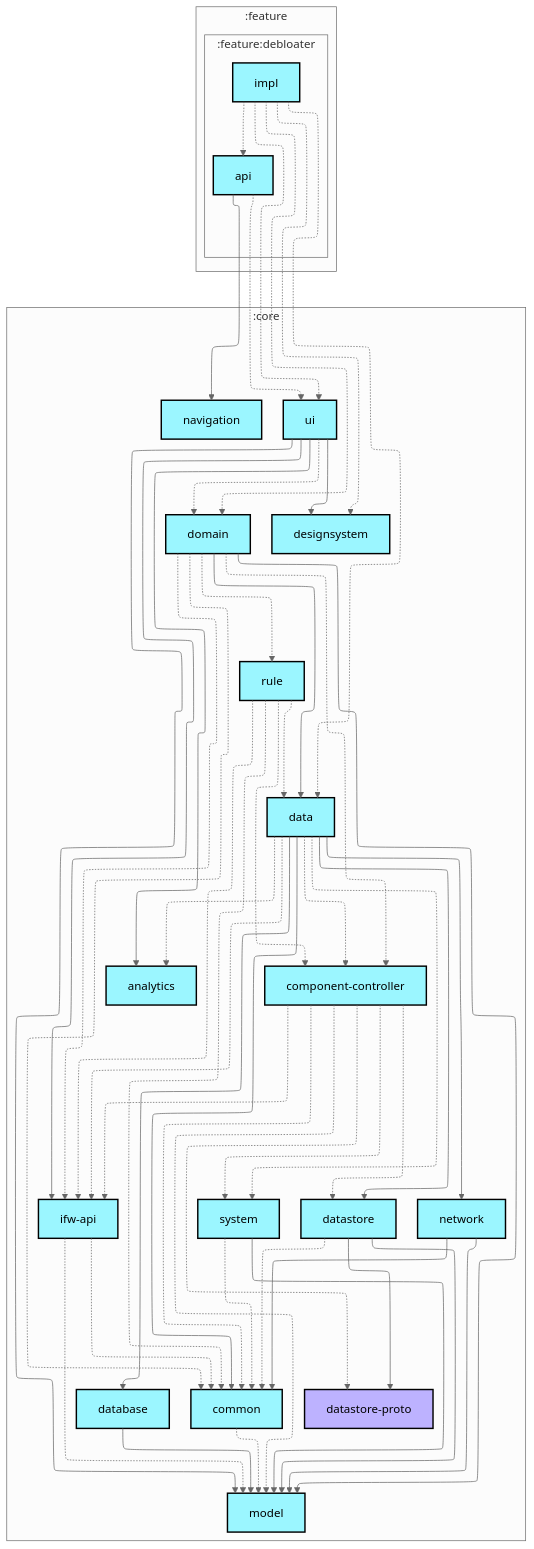
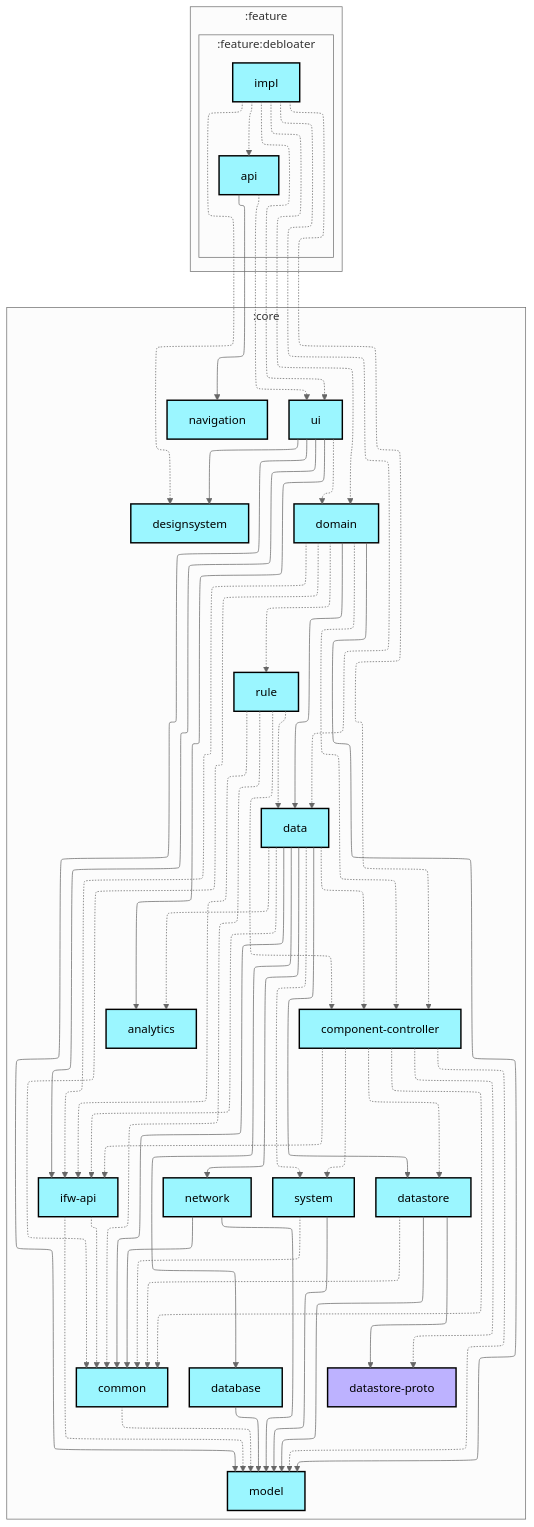
Before and after one commit to lihenggui/blocker: the first of 2 diagrams in feature/debloater/impl/README.md, drawn with Mermaid (neutral theme). The commit also changed 44 other files, not shown here.

```diff
--- a/feature/debloater/impl/README.md
+++ b/feature/debloater/impl/README.md
@@ -81,6 +81,7 @@
   :core:ui --> :core:model
   :feature:debloater:api --> :core:navigation
   :feature:debloater:api -.-> :core:ui
+  :feature:debloater:impl -.-> :core:component-controller
   :feature:debloater:impl -.-> :core:data
   :feature:debloater:impl -.-> :core:designsystem
   :feature:debloater:impl -.-> :core:domain
```
